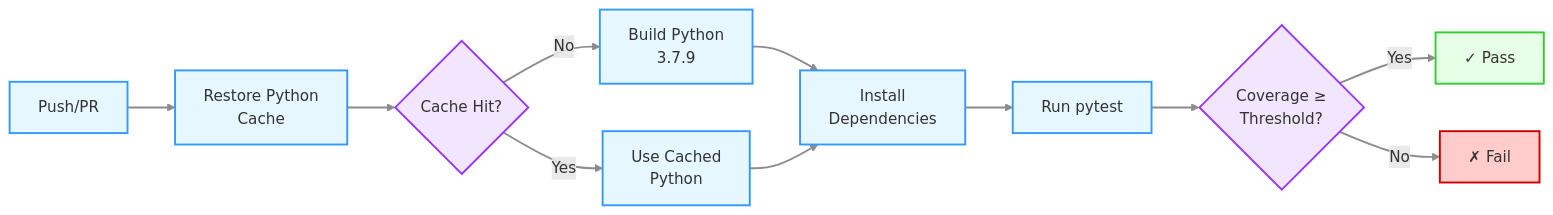
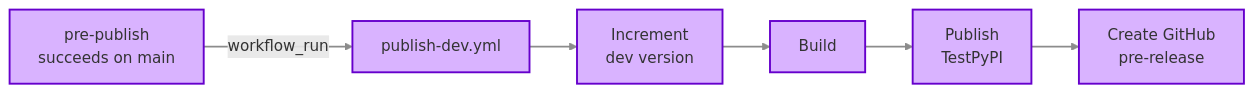
The second of 17 diagrams in .github/RELEASE_PROCESS.md (minouris/spafw37), drawn with Mermaid before and after one commit. The commit also changed other lines of this file and 4 other files, not shown here.

Commit message:
Fixed Changelog generation problems, and updated RELEASE_PROCESS.md

````diff
--- a/.github/RELEASE_PROCESS.md
+++ b/.github/RELEASE_PROCESS.md
@@ -162,25 +128,12 @@
 ```mermaid
-flowchart LR
-    A[Push/PR] --> B[Restore Python<br/>Cache]
-    B --> C{Cache Hit?}
-    C -->|No| D[Build Python<br/>3.7.9]
-    C -->|Yes| E[Use Cached<br/>Python]
-    D --> F[Install<br/>Dependencies]
-    E --> F
-    F --> G[Run pytest]
-    G --> H{Coverage ≥<br/>Threshold?}
-    H -->|Yes| I[✓ Pass]
-    H -->|No| J[✗ Fail]
+graph LR
+    F["pre-publish<br/>succeeds on main"] -->|workflow_run| G["publish-dev.yml"]
+    G --> H["Increment<br/>dev version"]
+    H --> I["Build"]
+    I --> J["Publish<br/>TestPyPI"]
+    J --> K["Create GitHub<br/>pre-release"]
     
-    classDef processStyle fill:#e6f7ff,stroke:#3399ff,stroke-width:2px,color:#333
-    classDef decisionStyle fill:#f2e6ff,stroke:#9933ff,stroke-width:2px,color:#333
-    classDef successStyle fill:#e6ffe6,stroke:#33cc33,stroke-width:2px,color:#333
-    classDef errorStyle fill:#ffcccc,stroke:#cc0000,stroke-width:2px,color:#333
-    
-    class A,B,D,E,F,G processStyle
-    class C,H decisionStyle
-    class I successStyle
-    class J errorStyle
-    
+    classDef publishStyle fill:#d9b3ff,stroke:#6600cc,stroke-width:2px,color:#333
+    class F,G,H,I,J,K publishStyle
     linkStyle default stroke:#8c8c8c,stroke-width:2px
 ```
````
